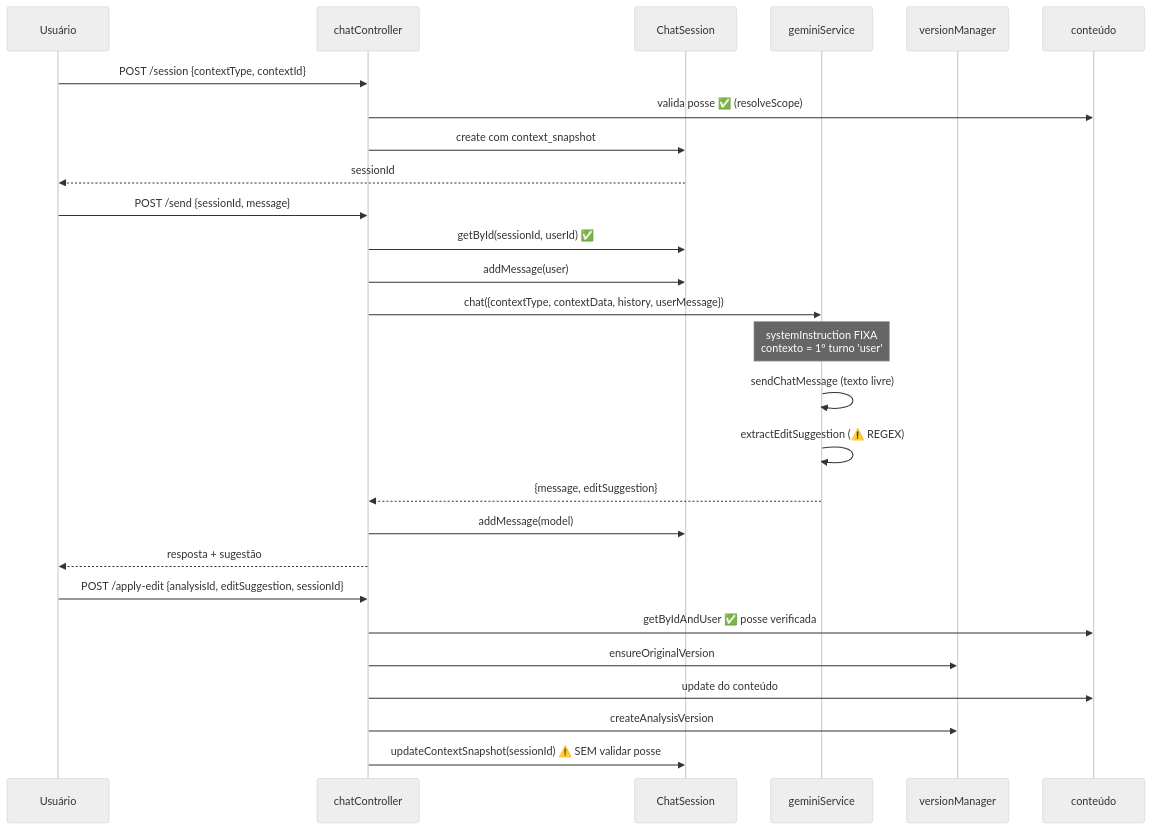
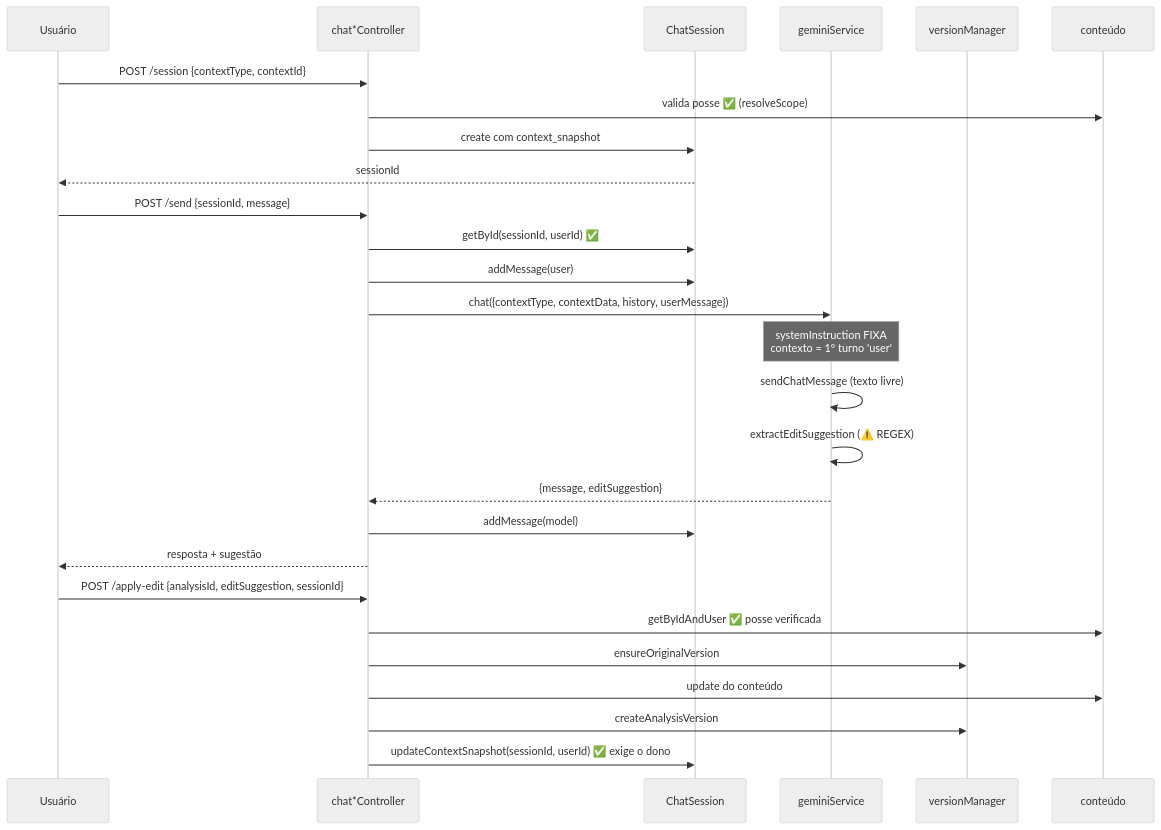
One commit to lucasxtech/JiuMetrics changed the diagram in docs/modules/chat-and-versions.md. Above: the diagram before and after it, drawn with Mermaid (neutral theme). The commit also changed other lines of this file and 14 other files, not shown here.

````diff
--- a/docs/modules/chat-and-versions.md
+++ b/docs/modules/chat-and-versions.md
@@ -75,32 +75,32 @@
 ```mermaid
 sequenceDiagram
     participant U as Usuário
-    participant CC as chatController
+    participant CC as chat*Controller
     participant CS as ChatSession
     participant GS as geminiService
     participant VM as versionManager
     participant DB as conteúdo
 
     U->>CC: POST /session {contextType, contextId}
     CC->>DB: valida posse ✅ (resolveScope)
     CC->>CS: create com context_snapshot
     CS-->>U: sessionId
 
     U->>CC: POST /send {sessionId, message}
     CC->>CS: getById(sessionId, userId) ✅
     CC->>CS: addMessage(user)
     CC->>GS: chat({contextType, contextData, history, userMessage})
     Note over GS: systemInstruction FIXA<br/>contexto = 1º turno 'user'
     GS->>GS: sendChatMessage (texto livre)
     GS->>GS: extractEditSuggestion (⚠️ REGEX)
     GS-->>CC: {message, editSuggestion}
     CC->>CS: addMessage(model)
     CC-->>U: resposta + sugestão
 
     U->>CC: POST /apply-edit {analysisId, editSuggestion, sessionId}
     CC->>DB: getByIdAndUser ✅ posse verificada
     CC->>VM: ensureOriginalVersion
     CC->>DB: update do conteúdo
     CC->>VM: createAnalysisVersion
-    CC->>CS: updateContextSnapshot(sessionId) ⚠️ SEM validar posse
+    CC->>CS: updateContextSnapshot(sessionId, userId) ✅ exige o dono
 ```
````
